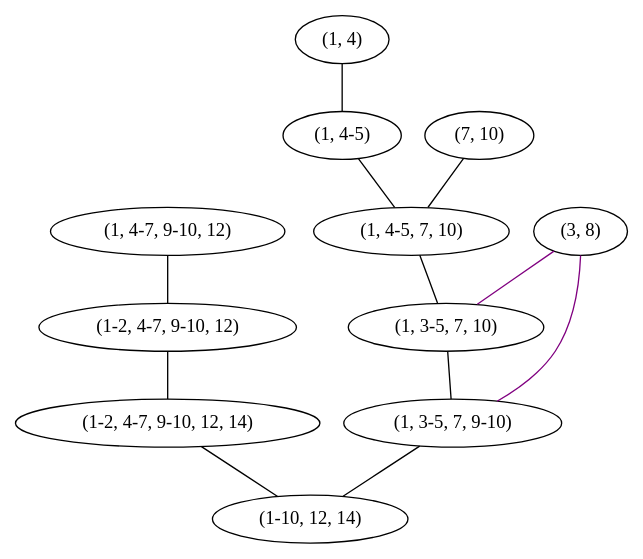
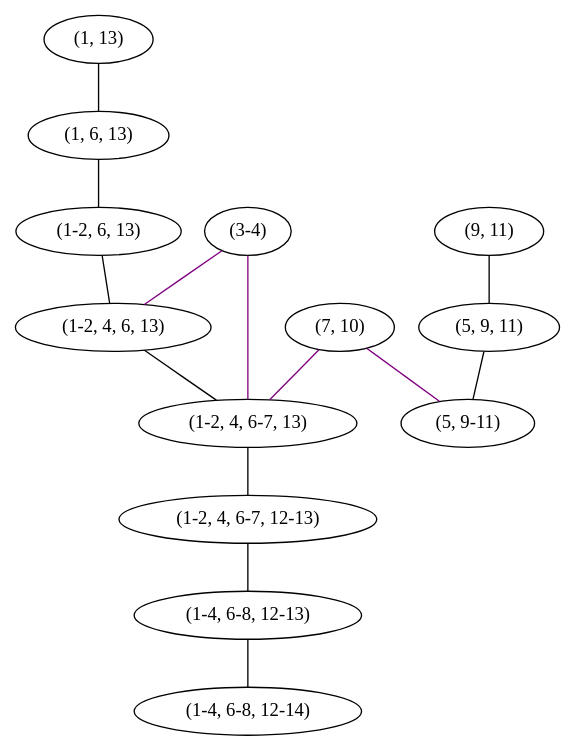
Before and after one commit to mandosoft/kmodes: the diagram in src/test.dot, drawn with Graphviz. The commit also changed 7 other files, not shown here.

```diff
--- a/src/test.dot
+++ b/src/test.dot
@@ -1,35 +1,41 @@
 strict graph "" {
-	"(1, 4)"	 [parent=True,
+	"(1, 13)"	 [parent=True,
 		split=False];
-	"(1, 4-5)"	 [parent=True,
+	"(1, 6, 13)"	 [parent=True,
 		split=False];
-	"(1, 4)" -- "(1, 4-5)"	 [color=r];
-	"(3, 8)"	 [parent=True,
+	"(1, 13)" -- "(1, 6, 13)"	 [color=r];
+	"(3-4)"	 [parent=True,
 		split=True];
-	"(1, 3-5, 7, 10)"	 [parent=True,
+	"(1-2, 4, 6, 13)"	 [parent=True,
 		split=False];
-	"(3, 8)" -- "(1, 3-5, 7, 10)"	 [color=purple];
-	"(1, 3-5, 7, 9-10)"	 [parent=True,
+	"(3-4)" -- "(1-2, 4, 6, 13)"	 [color=purple];
+	"(1-2, 4, 6-7, 13)"	 [parent=True,
 		split=False];
-	"(3, 8)" -- "(1, 3-5, 7, 9-10)"	 [color=purple];
+	"(3-4)" -- "(1-2, 4, 6-7, 13)"	 [color=purple];
 	"(7, 10)"	 [parent=True,
+		split=True];
+	"(5, 9-11)"	 [parent=False,
 		split=False];
-	"(1, 4-5, 7, 10)"	 [parent=True,
+	"(7, 10)" -- "(5, 9-11)"	 [color=purple];
+	"(7, 10)" -- "(1-2, 4, 6-7, 13)"	 [color=purple];
+	"(9, 11)"	 [parent=True,
 		split=False];
-	"(7, 10)" -- "(1, 4-5, 7, 10)"	 [color=r];
-	"(1, 4-5)" -- "(1, 4-5, 7, 10)"	 [color=r];
-	"(1, 4-5, 7, 10)" -- "(1, 3-5, 7, 10)"	 [color=r];
-	"(1, 3-5, 7, 10)" -- "(1, 3-5, 7, 9-10)"	 [color=r];
-	"(1-10, 12, 14)"	 [parent=False,
+	"(5, 9, 11)"	 [parent=True,
 		split=False];
-	"(1, 3-5, 7, 9-10)" -- "(1-10, 12, 14)"	 [color=r];
-	"(1, 4-7, 9-10, 12)"	 [parent=True,
+	"(9, 11)" -- "(5, 9, 11)"	 [color=r];
+	"(1-2, 6, 13)"	 [parent=True,
 		split=False];
-	"(1-2, 4-7, 9-10, 12)"	 [parent=True,
+	"(1, 6, 13)" -- "(1-2, 6, 13)"	 [color=r];
+	"(5, 9, 11)" -- "(5, 9-11)"	 [color=r];
+	"(1-2, 6, 13)" -- "(1-2, 4, 6, 13)"	 [color=r];
+	"(1-2, 4, 6, 13)" -- "(1-2, 4, 6-7, 13)"	 [color=r];
+	"(1-2, 4, 6-7, 12-13)"	 [parent=True,
 		split=False];
-	"(1, 4-7, 9-10, 12)" -- "(1-2, 4-7, 9-10, 12)"	 [color=r];
-	"(1-2, 4-7, 9-10, 12, 14)"	 [parent=True,
+	"(1-2, 4, 6-7, 13)" -- "(1-2, 4, 6-7, 12-13)"	 [color=r];
+	"(1-4, 6-8, 12-13)"	 [parent=True,
 		split=False];
-	"(1-2, 4-7, 9-10, 12)" -- "(1-2, 4-7, 9-10, 12, 14)"	 [color=r];
-	"(1-2, 4-7, 9-10, 12, 14)" -- "(1-10, 12, 14)"	 [color=r];
+	"(1-2, 4, 6-7, 12-13)" -- "(1-4, 6-8, 12-13)"	 [color=r];
+	"(1-4, 6-8, 12-14)"	 [parent=False,
+		split=False];
+	"(1-4, 6-8, 12-13)" -- "(1-4, 6-8, 12-14)"	 [color=r];
 }
```
